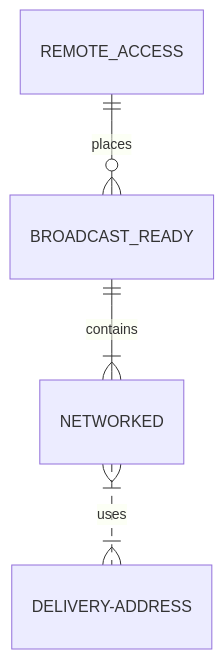
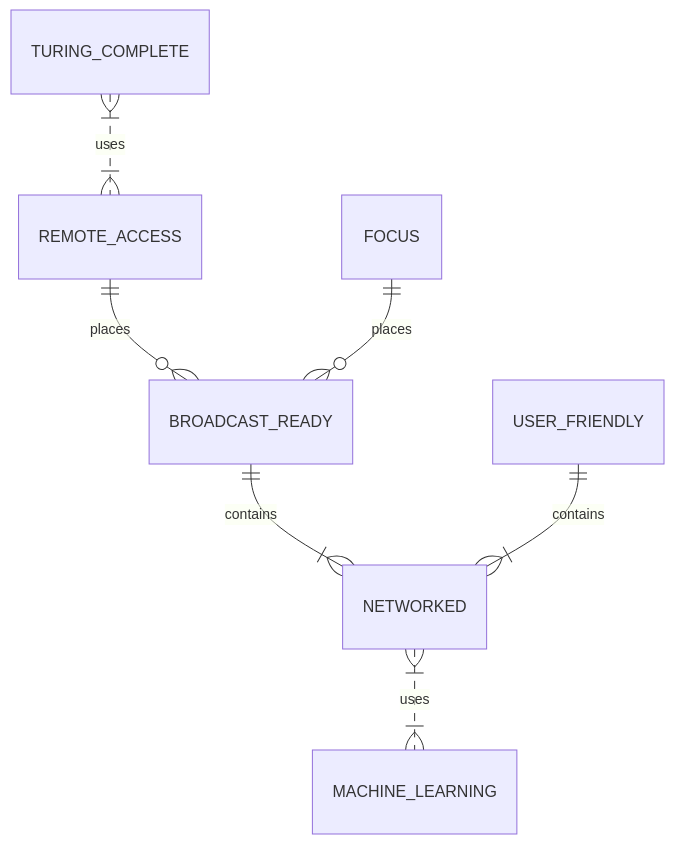
One commit to alex-mccombie/resume_readme changed the first of 2 diagrams in README.md. Above: the diagram before and after it, drawn with Mermaid.

````diff
--- a/README.md
+++ b/README.md
@@ -11,6 +11,9 @@
 ```mermaid
 erDiagram
     REMOTE_ACCESS ||--o{ BROADCAST_READY : places
     BROADCAST_READY ||--|{ NETWORKED : contains
-    NETWORKED }|..|{ DELIVERY-ADDRESS : uses
+    NETWORKED }|..|{ MACHINE_LEARNING : uses
+    FOCUS ||--o{ BROADCAST_READY : places
+    USER_FRIENDLY ||--|{ NETWORKED : contains
+    TURING_COMPLETE }|..|{ REMOTE_ACCESS : uses
 ```    
````
